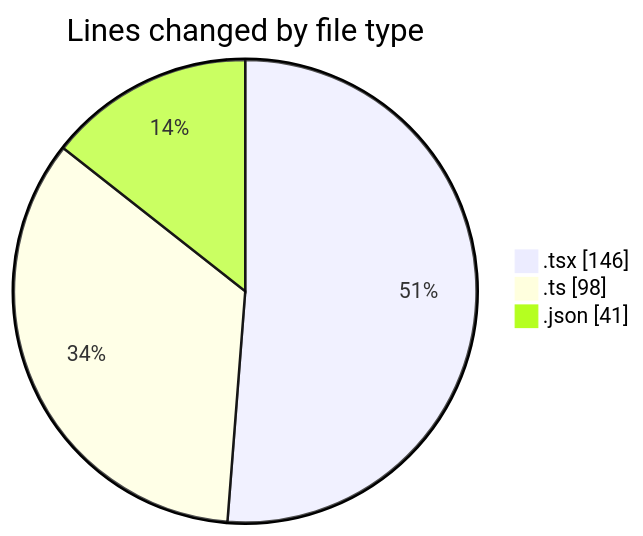
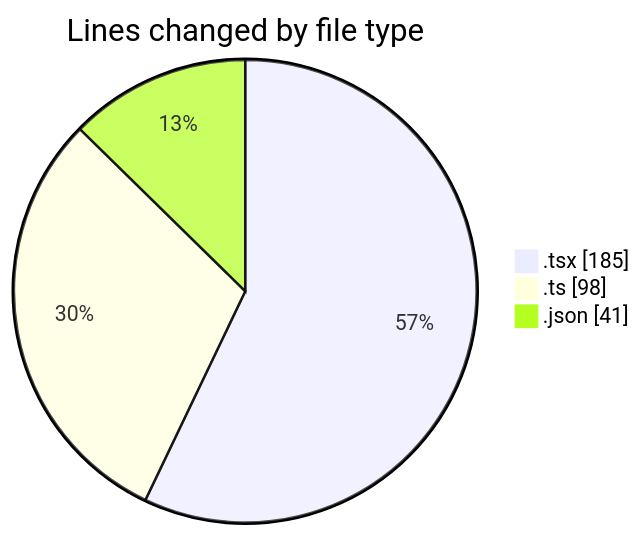
One commit to lephambinh05/code-tracking changed the first of 2 diagrams in 2025-09-15/hiai-phf/README.md. Above: the diagram before and after it, drawn with Mermaid. The commit also changed other lines of this file and 1 other file, not shown here.

````diff
--- a/2025-09-15/hiai-phf/README.md
+++ b/2025-09-15/hiai-phf/README.md
@@ -27,7 +27,7 @@
 ```mermaid
 pie showData
 title Lines changed by file type
-".tsx" : 146
+".tsx" : 185
 ".ts" : 98
 ".json" : 41
 ```
````
